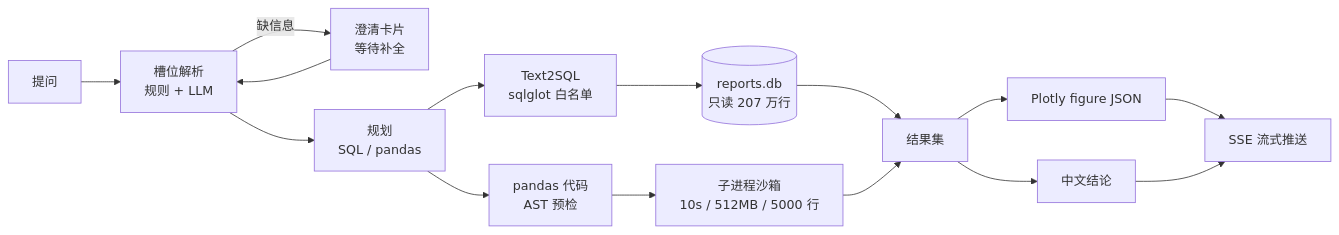
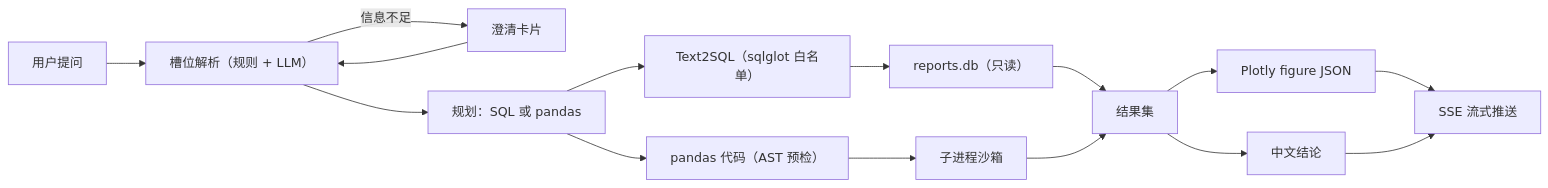
One commit to GlushkoFelix/power_report_agent changed the diagram in README.md. Above: the diagram before and after it, drawn with Mermaid.

Commit message:
docs: 修复架构图 mermaid 语法导致 GitHub 无法渲染

````diff
--- a/README.md
+++ b/README.md
@@ -128,17 +128,17 @@
 ```mermaid
 flowchart LR
-    U[提问] --> S[槽位解析<br/>规则 + LLM]
-    S -->|缺信息| C[澄清卡片<br/>等待补全]
-    C --> S
-    S --> P[规划<br/>SQL / pandas]
-    P --> Q[Text2SQL<br/>sqlglot 白名单]
-    P --> D[pandas 代码<br/>AST 预检]
-    Q --> DB[(reports.db<br/>只读 207 万行)]
-    D --> SB[子进程沙箱<br/>10s / 512MB / 5000 行]
-    DB --> R[结果集]
-    SB --> R
-    R --> F[Plotly figure JSON]
-    R --> N[中文结论]
-    F --> E[SSE 流式推送]
-    N --> E
+    A["用户提问"] --> B["槽位解析（规则 + LLM）"]
+    B -->|信息不足| C["澄清卡片"]
+    C --> B
+    B --> D["规划：SQL 或 pandas"]
+    D --> E["Text2SQL（sqlglot 白名单）"]
+    D --> F["pandas 代码（AST 预检）"]
+    E --> G["reports.db（只读）"]
+    F --> H["子进程沙箱"]
+    G --> I["结果集"]
+    H --> I
+    I --> J["Plotly figure JSON"]
+    I --> K["中文结论"]
+    J --> L["SSE 流式推送"]
+    K --> L
 ```
````
